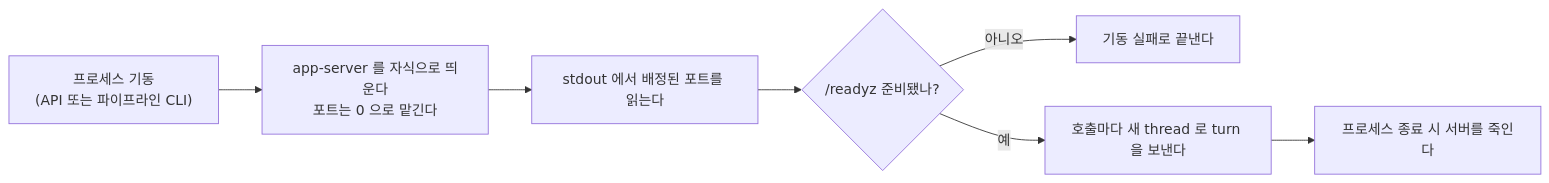
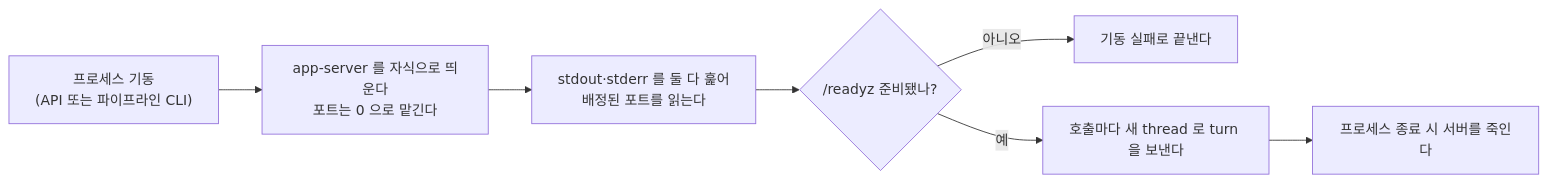
One commit to jon890/devloop-v2 changed the third of 4 diagrams in docs/flow.md. Above: the diagram before and after it, drawn with Mermaid. The commit also changed 2 other files, not shown here.

Commit message:
문서(plan010): 실측과 어긋난 서술을 고친다
독립 검토가 문서 부패 세 곳을 찾았다.

함정 파일의 테스트 개수가 낡았다. api 75·pipeline 163 으로 적혀 있는데
실제는 api 83·pipeline 160 이다. 그 파일이 "줄었으면 무언가 실행되지 않는
것이다" 라고 못박았으므로 다음 사람에게 거짓 경보가 된다. 개수를 갱신하고
pipeline 이 줄어든 이유(codex 인자 테스트 3건 제거)를 적는다.
@devloop/llm 19건은 루트에 집계 스크립트가 없어 손으로 불러야 도는 것도
함께 적는다 — 안 적으면 조용히 빠진다.

ADR 과 흐름 문서가 배너를 stdout 에서 읽는다고 적었다. 실측은 stdout 0바이트,
stderr 222바이트다. 코드와 테스트는 이미 둘 다 훑는데 문서만 남아 있었다.

ADR 의 좋은 쪽이 실측에 반박된 채 있었다. 호출당 12초에서 5초, 측정 35분에서
15분을 예측했지만 둘 다 실측이 더 나빴다. 수치는 리포트가 소유하므로 복제하지
않고 예측이 달랐다는 사실과 링크만 남긴다.

아울러 대가 절에 outputSchema 가 지연을 늘린다는 사실을 더한다. 이게 없으면
다음 사람이 지연 비용을 모른 채 같은 선택을 반복한다.

````diff
--- a/docs/flow.md
+++ b/docs/flow.md
@@ -151,9 +151,9 @@
 ```mermaid
 flowchart LR
     B["프로세스 기동<br/>(API 또는 파이프라인 CLI)"] --> SP["app-server 를 자식으로 띄운다<br/>포트는 0 으로 맡긴다"]
-    SP --> PORT["stdout 에서 배정된 포트를 읽는다"]
+    SP --> PORT["stdout·stderr 를 둘 다 훑어<br/>배정된 포트를 읽는다"]
     PORT --> RDY{"/readyz 준비됐나?"}
     RDY -->|아니오| FAIL["기동 실패로 끝낸다"]
     RDY -->|예| SERVE["호출마다 새 thread 로 turn 을 보낸다"]
     SERVE --> KILL["프로세스 종료 시 서버를 죽인다"]
 ```
````
